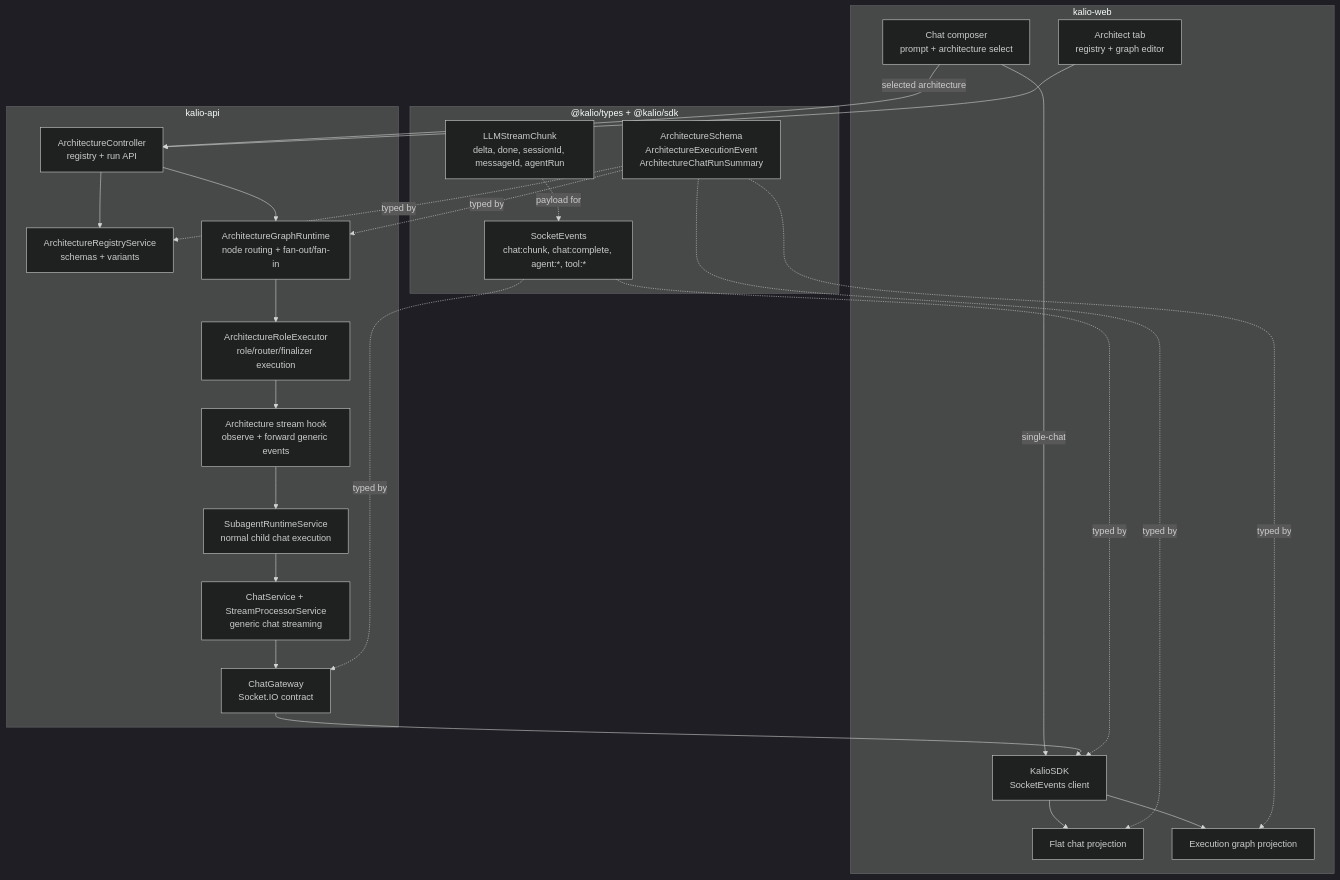
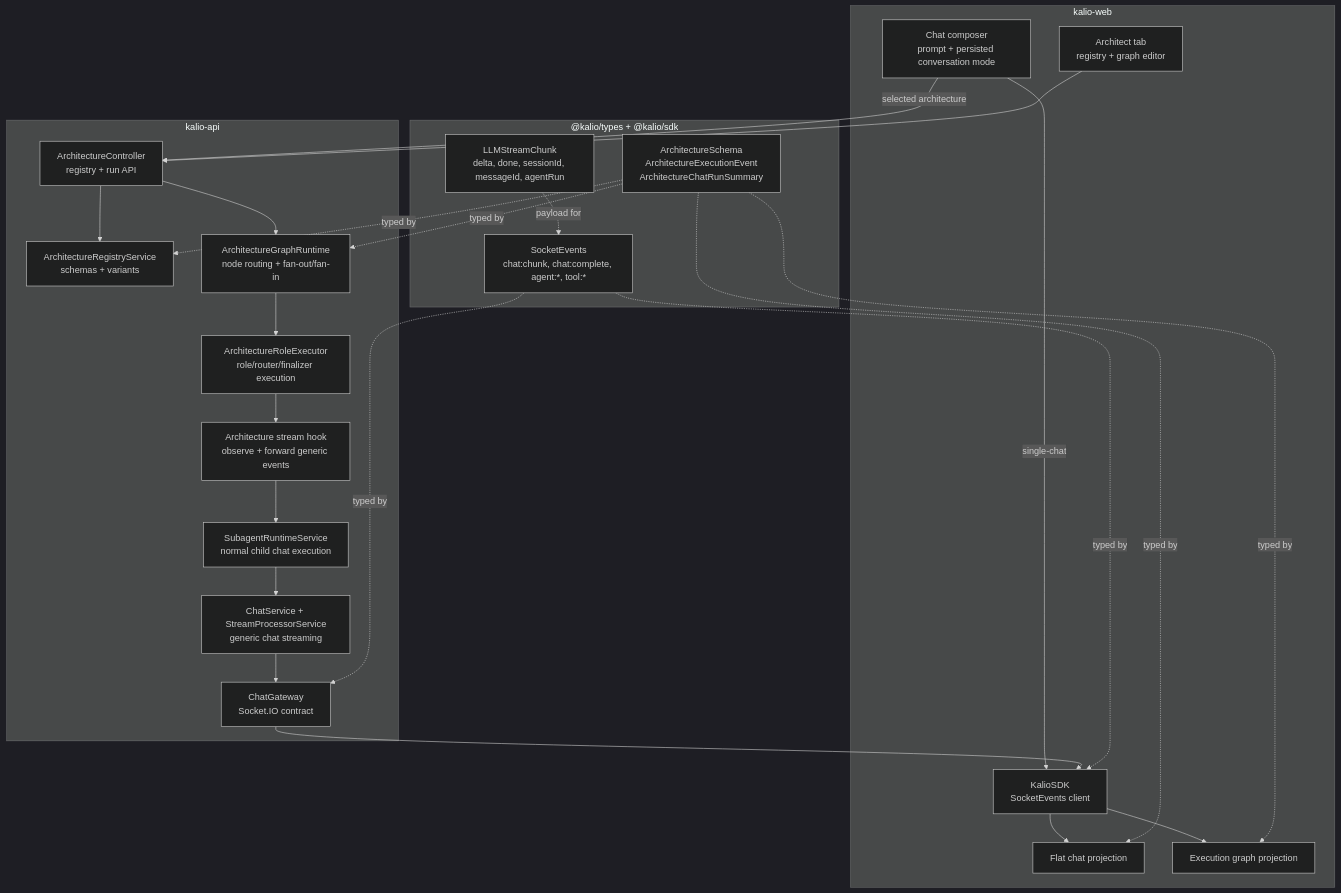
The first of 4 diagrams in docs/spec/architecture-runtime-stack.md (Radomiej/kalio-forever), drawn with Mermaid (dark theme) before and after one commit. The commit also changed other lines of this file and 247 other files, not shown here.

````diff
--- a/docs/spec/architecture-runtime-stack.md
+++ b/docs/spec/architecture-runtime-stack.md
@@ -11,49 +39,49 @@
 ```mermaid
 flowchart TB
     subgraph Web["kalio-web"]
-        Composer["Chat composer\nprompt + architecture select"]
+        Composer["Chat composer\nprompt + persisted conversation mode"]
         Architect["Architect tab\nregistry + graph editor"]
         ChatProjection["Flat chat projection"]
         GraphProjection["Execution graph projection"]
         SDK["KalioSDK\nSocketEvents client"]
     end
 
     subgraph Api["kalio-api"]
         ChatGateway["ChatGateway\nSocket.IO contract"]
         ChatRuntime["ChatService + StreamProcessorService\ngeneric chat streaming"]
         ArchitectureController["ArchitectureController\nregistry + run API"]
         Registry["ArchitectureRegistryService\nschemas + variants"]
         Runtime["ArchitectureGraphRuntime\nnode routing + fan-out/fan-in"]
         RoleExecutor["ArchitectureRoleExecutor\nrole/router/finalizer execution"]
         StreamHook["Architecture stream hook\nobserve + forward generic events"]
         SubagentRuntime["SubagentRuntimeService\nnormal child chat execution"]
     end
 
     subgraph Contracts["@kalio/types + @kalio/sdk"]
         SocketEvents["SocketEvents\nchat:chunk, chat:complete, agent:*, tool:*"]
         LLMChunk["LLMStreamChunk\ndelta, done, sessionId, messageId, agentRun"]
         ArchitectureTypes["ArchitectureSchema\nArchitectureExecutionEvent\nArchitectureChatRunSummary"]
     end
 
     Composer -->|"single-chat"| SDK
     Composer -->|"selected architecture"| ArchitectureController
     Architect --> ArchitectureController
     ArchitectureController --> Registry
     ArchitectureController --> Runtime
     Runtime --> RoleExecutor
     RoleExecutor --> StreamHook
     StreamHook --> SubagentRuntime
     SubagentRuntime --> ChatRuntime
     ChatRuntime --> ChatGateway
     ChatGateway --> SDK
     SDK --> ChatProjection
     SDK --> GraphProjection
 
     SocketEvents -.typed by.-> SDK
     SocketEvents -.typed by.-> ChatGateway
     LLMChunk -.payload for.-> SocketEvents
     ArchitectureTypes -.typed by.-> Registry
     ArchitectureTypes -.typed by.-> Runtime
     ArchitectureTypes -.typed by.-> ChatProjection
     ArchitectureTypes -.typed by.-> GraphProjection
 ```
````
